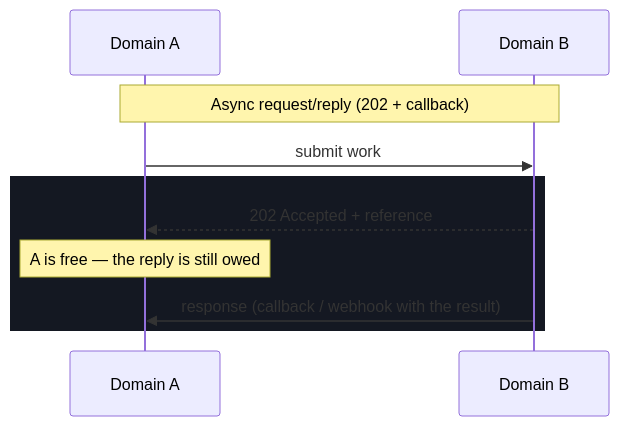
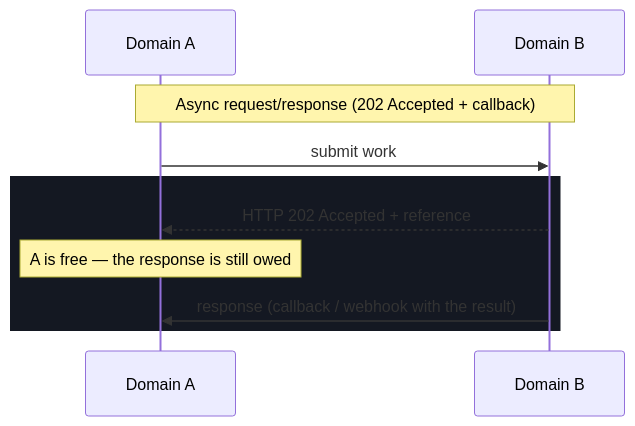
The second of 4 diagrams in adrs/005-coupling-across-domains.md (raghavarora12/engineering-playbook), drawn with Mermaid before and after one commit. The commit also changed other lines of this file and 10 other files, not shown here.

````diff
--- a/adrs/005-coupling-across-domains.md
+++ b/adrs/005-coupling-across-domains.md
@@ -104,12 +108,12 @@
 ```mermaid
 sequenceDiagram
     participant A as Domain A
     participant B as Domain B
-    Note over A,B: Async request/reply (202 + callback)
+    Note over A,B: Async request/response (202 Accepted + callback)
     A->>B: submit work
     rect rgb(20, 24, 34)
-    B-->>A: 202 Accepted + reference
-    Note over A: A is free — the reply is still owed
+    B-->>A: HTTP 202 Accepted + reference
+    Note over A: A is free — the response is still owed
     B->>A: response (callback / webhook with the result)
     end
 ```
````
